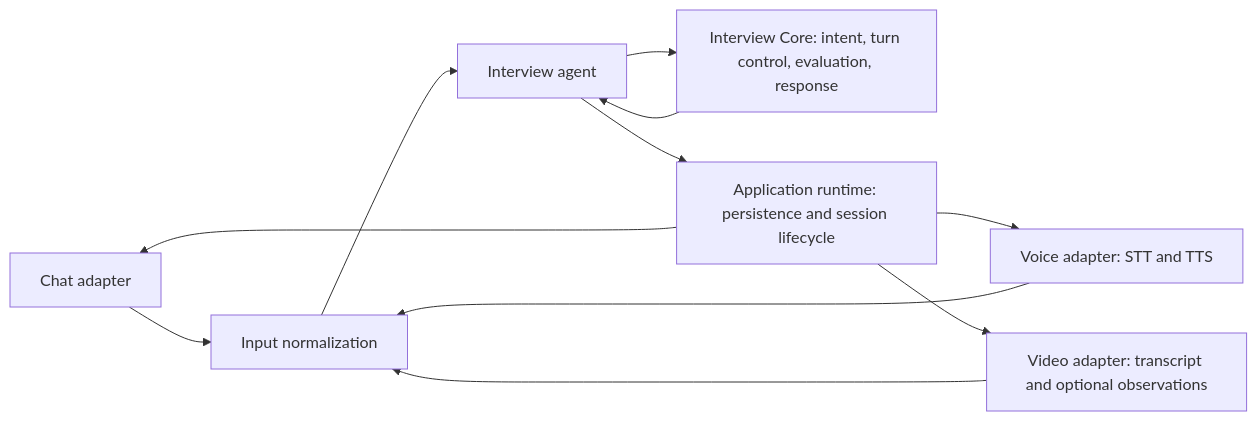
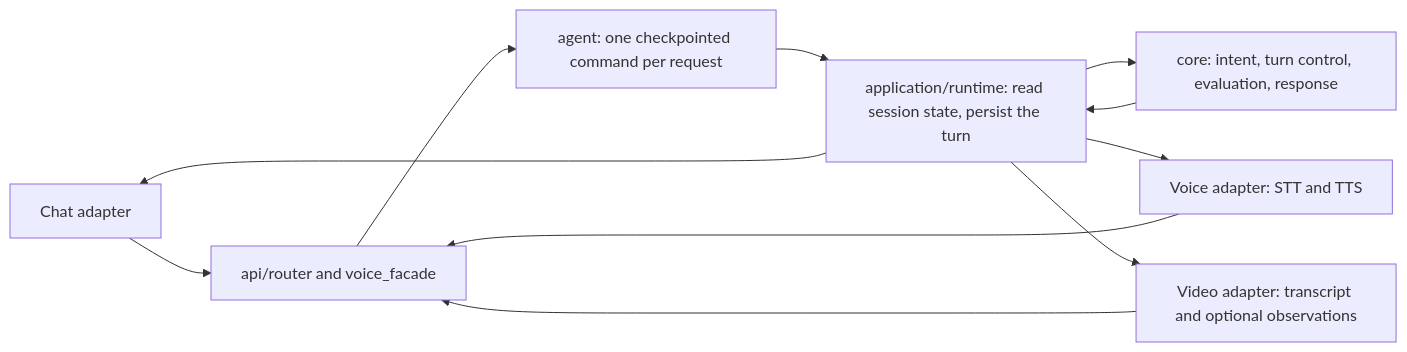
The diagram in src/modules/interviews/ARCHITECTURE.md (system-interview-prep/interview-prep-core), drawn with Mermaid before and after one commit. The commit also changed other lines of this file and 15 other files, not shown here.

First line of the commit message:
refactor(interviews): make agent/ an honest command runtime (Pha 0)

````diff
--- a/src/modules/interviews/ARCHITECTURE.md
+++ b/src/modules/interviews/ARCHITECTURE.md
@@ -5,13 +5,13 @@
 ```mermaid
 flowchart LR
-    C[Chat adapter] --> N[Input normalization]
-    V[Voice adapter: STT and TTS] --> N
-    W[Video adapter: transcript and optional observations] --> N
-    N --> A[Interview agent]
-    A --> E[Interview Core: intent, turn control, evaluation, response]
-    E --> A
-    A --> R[Application runtime: persistence and session lifecycle]
+    C[Chat adapter] --> API[api/router and voice_facade]
+    V[Voice adapter: STT and TTS] --> API
+    W[Video adapter: transcript and optional observations] --> API
+    API --> A[agent: one checkpointed command per request]
+    A --> R[application/runtime: read session state, persist the turn]
+    R --> E[core: intent, turn control, evaluation, response]
+    E --> R
     R --> C
     R --> V
     R --> W
 ```
````
